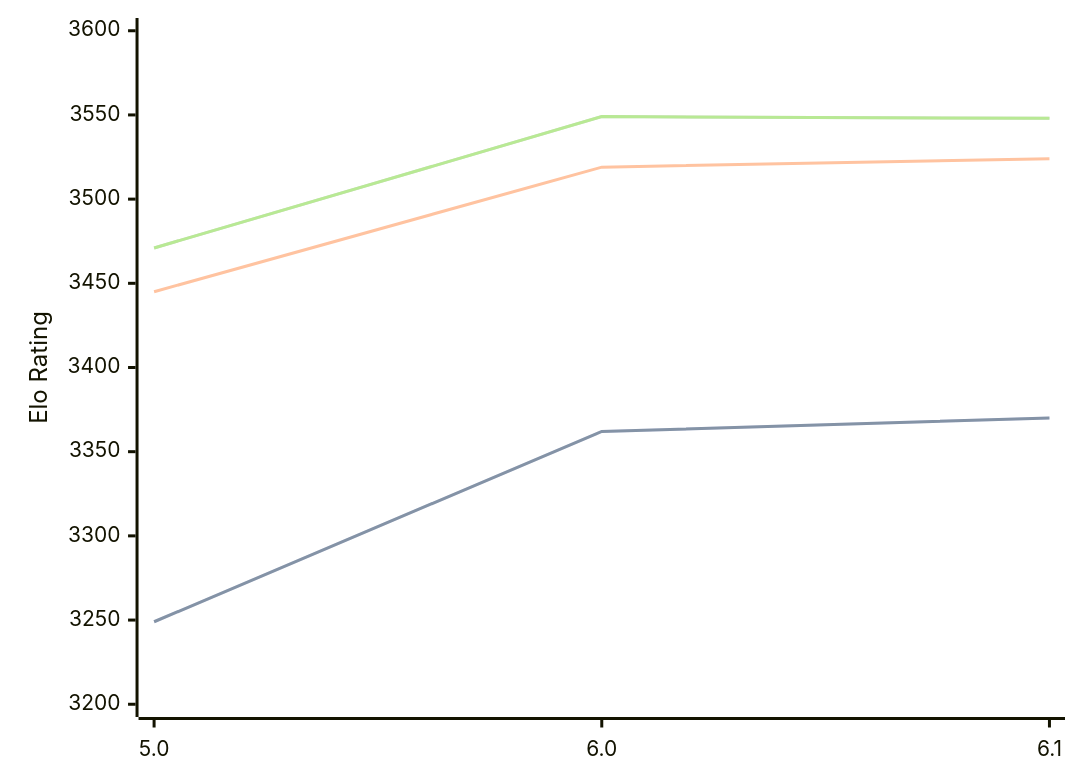
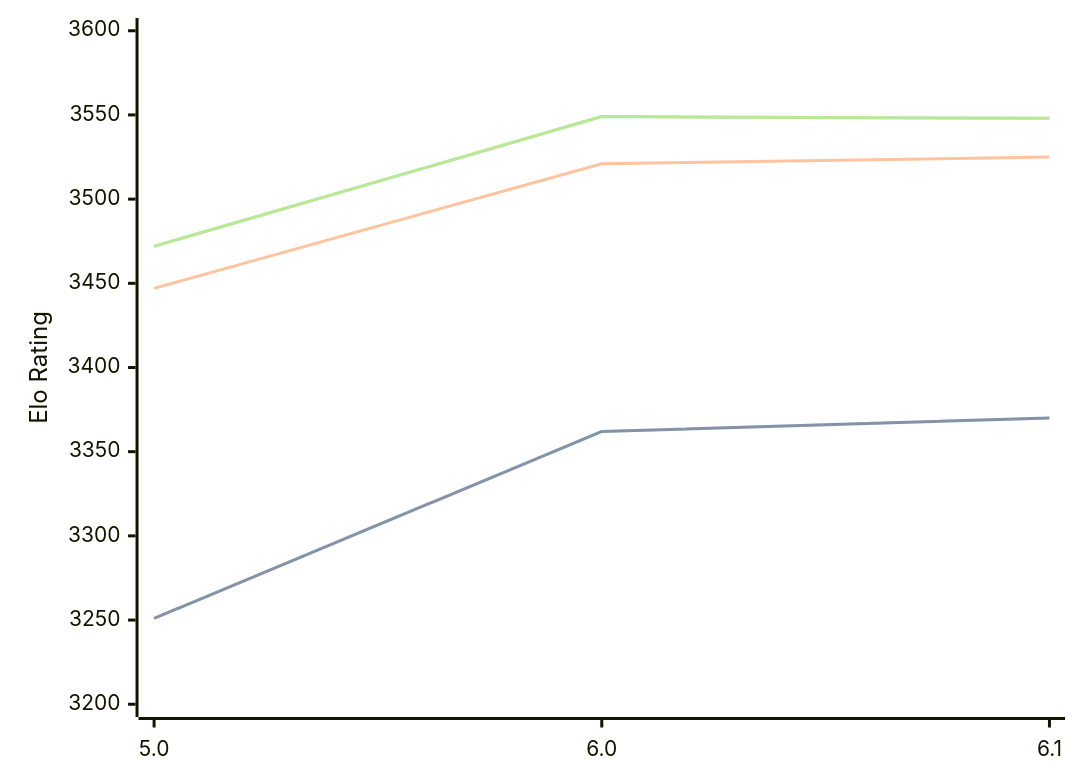
The diagram in engines/Starzix.md (computer-chess-index/cci), drawn with Mermaid before and after one commit. The commit also changed other lines of this file, not shown here.

Commit message:
Update CCI Ratings (ELO VLTC) - 2026-04-19

````diff
--- a/engines/Starzix.md
+++ b/engines/Starzix.md
@@ -37,11 +37,11 @@
 ```mermaid
 %%{init: {"theme":"base","themeVariables":{"seriesColors:['#a3a3a3','#222221','#faa371']}}}%%
 xychart-beta
   x-axis ["5.0", "6.0", "6.1"]
   y-axis "Elo Rating" 3200 --> 3600
-  line "STC (8.0+0.08s)" [3249, 3362, 3370]
-  line "STC (8.0+0.08s)" [3249, 3362, 3370]
-  line "LTC (60.0+0.60s)" [3445, 3519, 3524]
-  line "VLTC (2m24s+1.12s)" [3471, 3549, 3548]
-  line "VLTC (2m24s+1.12s)" [3471, 3549, 3548]
+  line "STC (8.0+0.08s)" [3251, 3362, 3370]
+  line "STC (8.0+0.08s)" [3251, 3362, 3370]
+  line "LTC (60.0+0.60s)" [3447, 3521, 3525]
+  line "VLTC (2m24s+1.12s)" [3472, 3549, 3548]
+  line "VLTC (2m24s+1.12s)" [3472, 3549, 3548]
 ```
````
